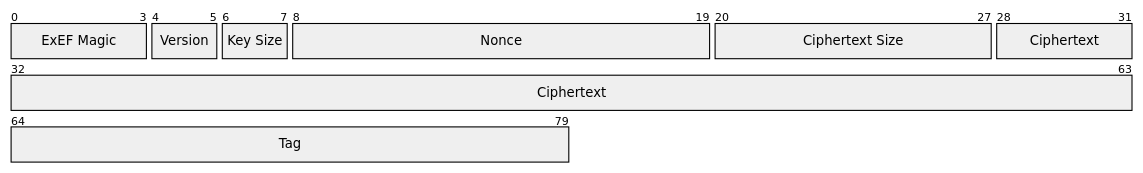
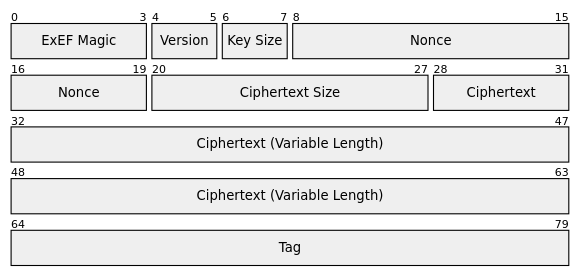
The diagram in website/docs/dev/encryption-format.md (PhotonicGluon/Excalibur), drawn with Mermaid before and after one commit. The commit also changed other lines of this file and 2 other files, not shown here.

````diff
--- a/website/docs/dev/encryption-format.md
+++ b/website/docs/dev/encryption-format.md
@@ -7,10 +7,16 @@
 ```mermaid
-packet-beta
+---
+config:
+  packet:
+    bitsPerRow: 16
+---
+packet
   0-3: "ExEF Magic"
   4-5: "Version"
   6-7: "Key Size"
   8-19: "Nonce"
   20-27: "Ciphertext Size"
-  28-63: "Ciphertext"
+  28-31: "Ciphertext"
+  32-63: "Ciphertext (Variable Length)"
   64-79: "Tag"
 ```
````
